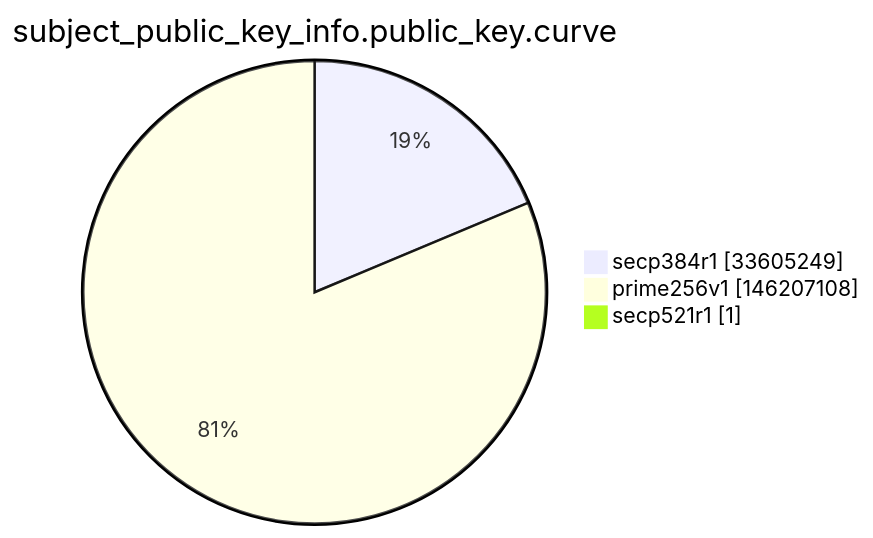
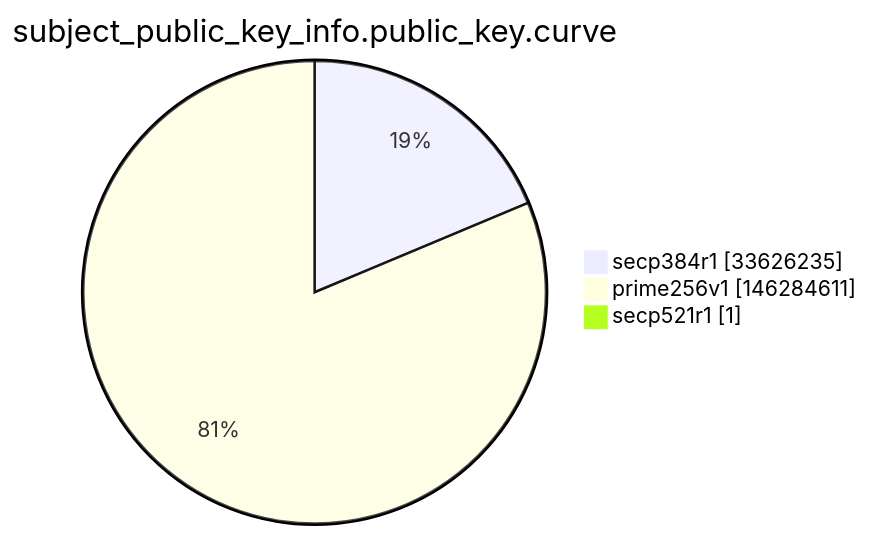
Before and after one commit to christiankrug/ctmonitor_visualization: the ninth of 15 diagrams in argon2022/README.md, drawn with Mermaid. The commit also changed other lines of this file, not shown here.

````diff
--- a/argon2022/README.md
+++ b/argon2022/README.md
@@ -2764,7 +2764,7 @@
 ```mermaid
 pie showData
 title subject_public_key_info.public_key.curve
-"secp384r1" :33605249
-"prime256v1" :146207108
+"secp384r1" :33626235
+"prime256v1" :146284611
 "secp521r1" :1
 ```
````
